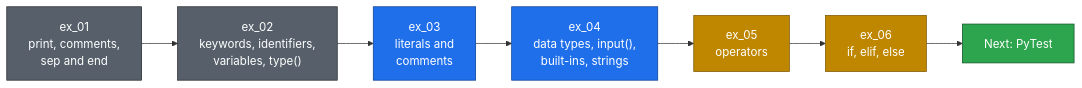
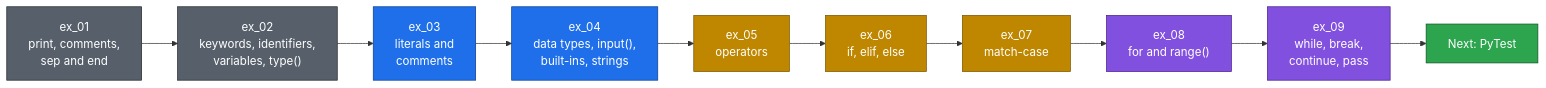
Before and after one commit to PramodDutta/AITesterBlueprint4x: diagram 30 of 38 in README.md, drawn with Mermaid. The commit also changed other lines of this file and 18 other files, not shown here.

First line of the commit message:
feat: add chapter 15 match-case and loops

````diff
--- a/README.md
+++ b/README.md
@@ -2139,18 +2145,23 @@
 ```mermaid
 flowchart LR
     A["ex_01<br/>print, comments,<br/>sep and end"] --> B["ex_02<br/>keywords, identifiers,<br/>variables, type()"]
     B --> C["ex_03<br/>literals and<br/>comments"]
     C --> D["ex_04<br/>data types, input(),<br/>built-ins, strings"]
     D --> E["ex_05<br/>operators"]
     E --> F["ex_06<br/>if, elif, else"]
-    F --> G["Next: PyTest"]
+    F --> H["ex_07<br/>match-case"]
+    H --> I["ex_08<br/>for and range()"]
+    I --> J["ex_09<br/>while, break,<br/>continue, pass"]
+    J --> G["Next: PyTest"]
 
     classDef src fill:#57606a,stroke:#24292f,color:#fff
     classDef ai fill:#1f6feb,stroke:#0b3d91,color:#fff
     classDef gate fill:#bf8700,stroke:#7a5600,color:#fff
+    classDef pack fill:#8250df,stroke:#4a1f8f,color:#fff
     classDef out fill:#2da44e,stroke:#0f5323,color:#fff
     class A,B src
     class C,D ai
-    class E,F gate
+    class E,F,H gate
+    class I,J pack
     class G out
 ```
````
